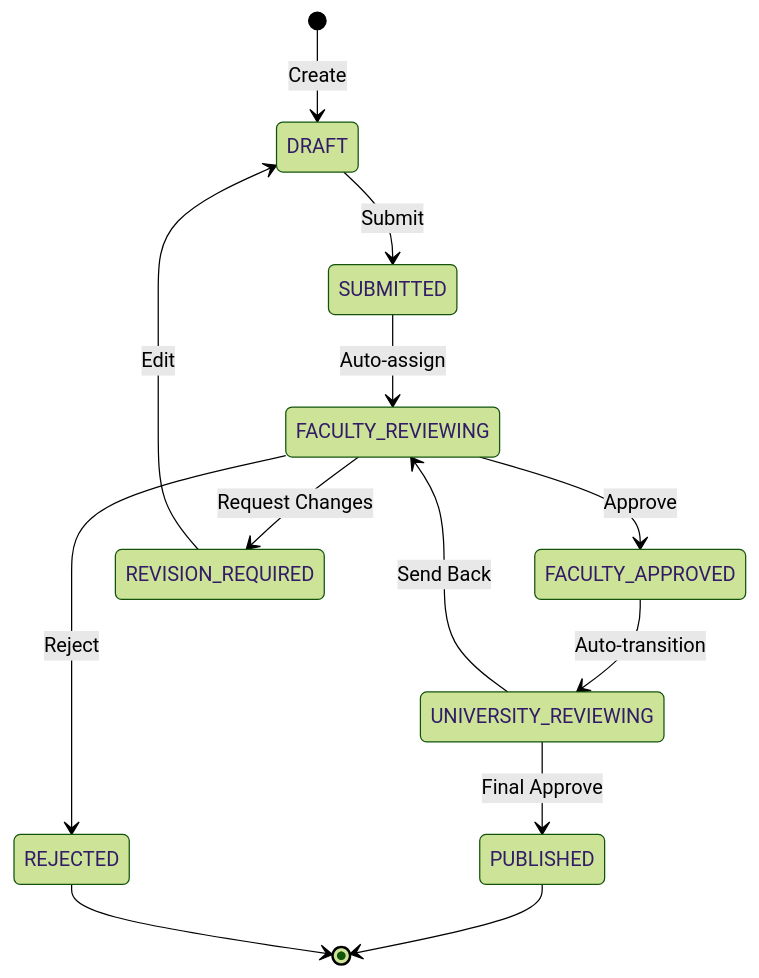
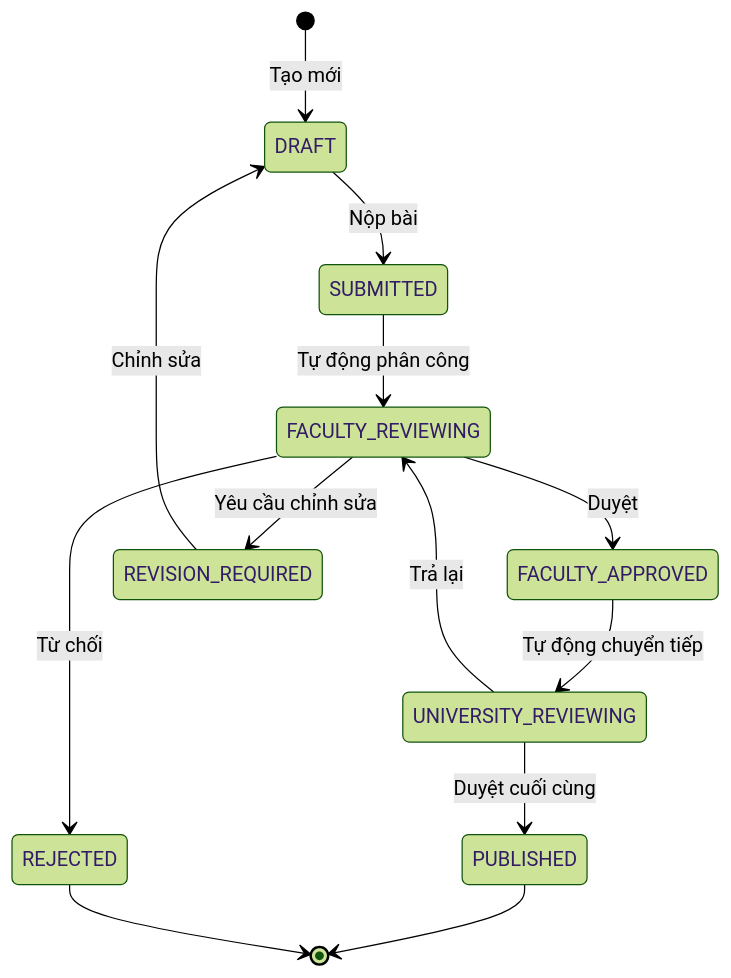
One commit to Ng0cTh4nhk5/ufpms-docs changed the second of 4 diagrams in docs/08_Final_Documents/SDD_Software_Design_Document.md. Above: the diagram before and after it, drawn with Mermaid (forest theme). The commit also changed other lines of this file and 4 other files, not shown here.

Commit message:
docs: - fix lỗi render các diagrams

````diff
--- a/docs/08_Final_Documents/SDD_Software_Design_Document.md
+++ b/docs/08_Final_Documents/SDD_Software_Design_Document.md
@@ -298,20 +298,20 @@
 ```mermaid
 stateDiagram-v2
-    [*] --> DRAFT: Create
-    DRAFT --> SUBMITTED: Submit
-    SUBMITTED --> FACULTY_REVIEWING: Auto-assign
+    [*] --> DRAFT: Tạo mới
+    DRAFT --> SUBMITTED: Nộp bài
+    SUBMITTED --> FACULTY_REVIEWING: Tự động phân công
     
-    FACULTY_REVIEWING --> FACULTY_APPROVED: Approve
-    FACULTY_REVIEWING --> REVISION_REQUIRED: Request Changes
-    FACULTY_REVIEWING --> REJECTED: Reject
+    FACULTY_REVIEWING --> FACULTY_APPROVED: Duyệt
+    FACULTY_REVIEWING --> REVISION_REQUIRED: Yêu cầu chỉnh sửa
+    FACULTY_REVIEWING --> REJECTED: Từ chối
     
-    REVISION_REQUIRED --> DRAFT: Edit
+    REVISION_REQUIRED --> DRAFT: Chỉnh sửa
     
-    FACULTY_APPROVED --> UNIVERSITY_REVIEWING: Auto-transition
+    FACULTY_APPROVED --> UNIVERSITY_REVIEWING: Tự động chuyển tiếp
     
-    UNIVERSITY_REVIEWING --> PUBLISHED: Final Approve
-    UNIVERSITY_REVIEWING --> FACULTY_REVIEWING: Send Back
+    UNIVERSITY_REVIEWING --> PUBLISHED: Duyệt cuối cùng
+    UNIVERSITY_REVIEWING --> FACULTY_REVIEWING: Trả lại
     
     PUBLISHED --> [*]
     REJECTED --> [*]
 ```
````
